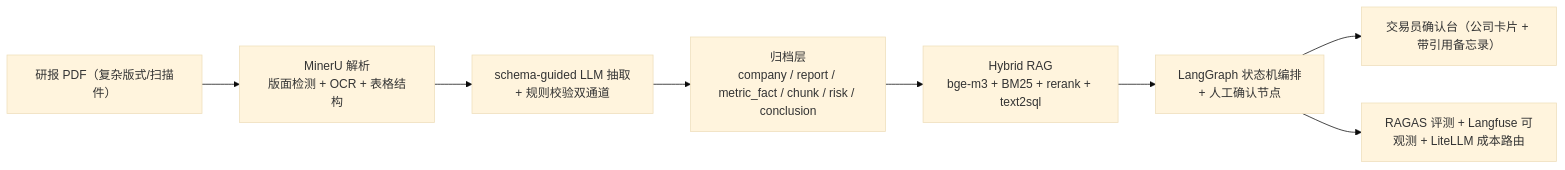
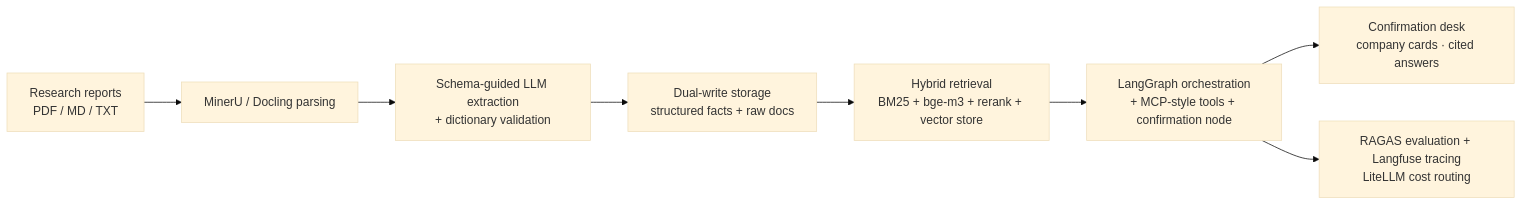
The first of 2 diagrams in docs/architecture.md (PAUL01zjb/quantra), drawn with Mermaid (base theme) before and after one commit. The commit also changed other lines of this file and 27 other files, not shown here.

Commit message:
Production repositioning: English-first docs, providers layer (LLM/embeddings/vectorstore/reranker/observability), LangGraph wiring, professional setup wizard, LICENSE + CI

````diff
--- a/docs/architecture.md
+++ b/docs/architecture.md
@@ -9,10 +7,10 @@
 ```mermaid
 flowchart LR
-  A["研报 PDF（复杂版式/扫描件）"] --> B["MinerU 解析<br/>版面检测 + OCR + 表格结构"]
-  B --> C["schema-guided LLM 抽取<br/>+ 规则校验双通道"]
-  C --> D["归档层<br/>company / report / metric_fact / chunk / risk / conclusion"]
-  D --> E["Hybrid RAG<br/>bge-m3 + BM25 + rerank + text2sql"]
-  E --> F["LangGraph 状态机编排<br/>+ 人工确认节点"]
-  F --> G["交易员确认台（公司卡片 + 带引用备忘录）"]
-  F --> H["RAGAS 评测 + Langfuse 可观测 + LiteLLM 成本路由"]
+  A["Research reports<br/>PDF / MD / TXT"] --> B["MinerU / Docling parsing"]
+  B --> C["Schema-guided LLM extraction<br/>+ dictionary validation"]
+  C --> D["Dual-write storage<br/>structured facts + raw docs"]
+  D --> E["Hybrid retrieval<br/>BM25 + bge-m3 + rerank + vector store"]
+  E --> F["LangGraph orchestration<br/>+ MCP-style tools + confirmation node"]
+  F --> G["Confirmation desk<br/>company cards · cited answers"]
+  F --> H["RAGAS evaluation + Langfuse tracing<br/>LiteLLM cost routing"]
 ```
````
